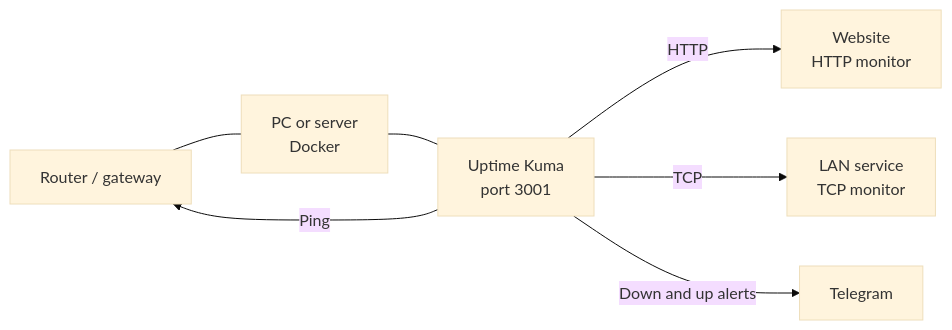
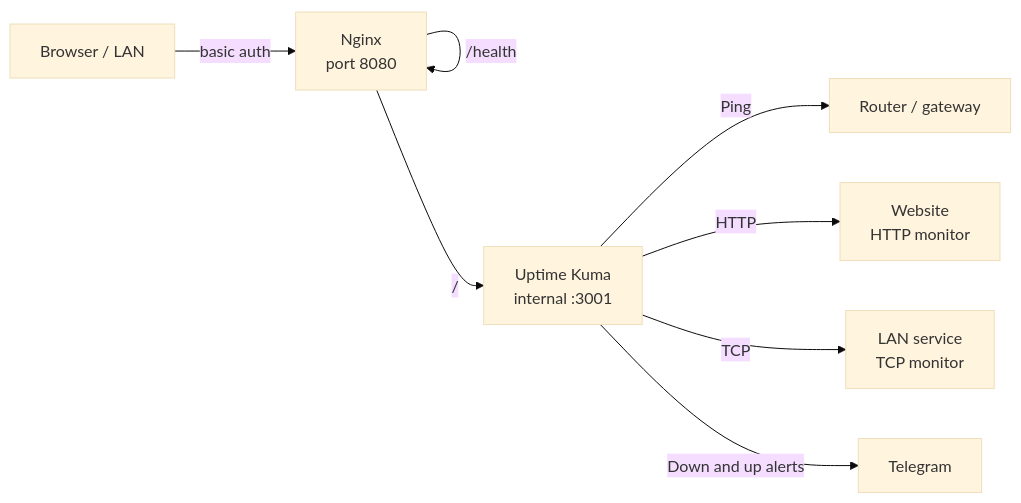
The diagram in README.md (ottonielmorais2008-rgb/homelab-monitoring), drawn with Mermaid (base theme) before and after one commit. The commit also changed other lines of this file and 16 other files, not shown here.

First line of the commit message:
Add Nginx reverse proxy in front of Uptime Kuma

````diff
--- a/README.md
+++ b/README.md
@@ -15,16 +20,18 @@
 ```mermaid
 flowchart LR
+  client["Browser / LAN"]
+  nginx["Nginx<br/>port 8080"]
+  kuma["Uptime Kuma<br/>internal :3001"]
   router["Router / gateway"]
-  host["PC or server<br/>Docker"]
-  kuma["Uptime Kuma<br/>port 3001"]
   http["Website<br/>HTTP monitor"]
   tcp["LAN service<br/>TCP monitor"]
   telegram["Telegram"]
 
-  router --- host
-  host --- kuma
+  client -->|"basic auth"| nginx
+  nginx -->|"/health"| nginx
+  nginx -->|"/"| kuma
   kuma -->|"Ping"| router
   kuma -->|"HTTP"| http
   kuma -->|"TCP"| tcp
   kuma -->|"Down and up alerts"| telegram
 ```
````
